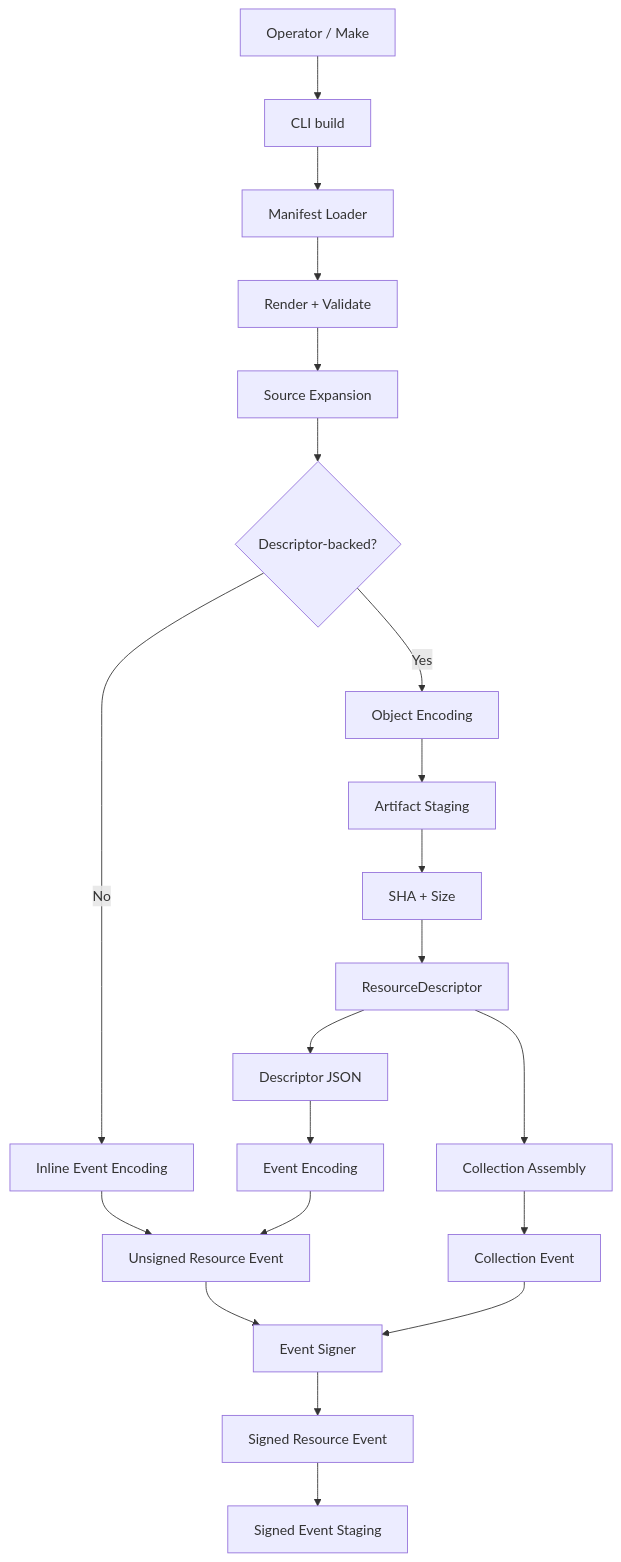
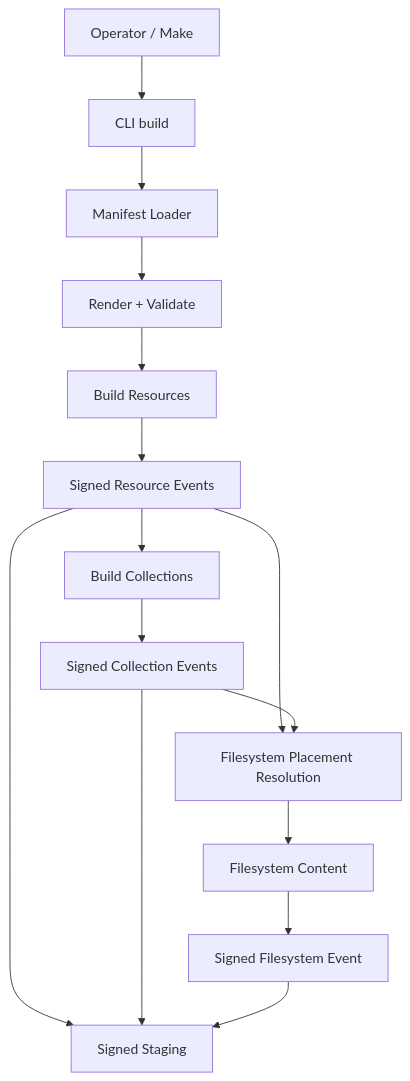
The first of 3 diagrams in docs/03_implementation/tooling/001-resource-publishing-cli.md (kjvonly/kjvonly.bible), drawn with Mermaid before and after one commit. The commit also changed other lines of this file and 93 other files, not shown here.

First line of the commit message:
Implement filesystem resource publishing, bootstrap integration, and validation

````diff
--- a/docs/03_implementation/tooling/001-resource-publishing-cli.md
+++ b/docs/03_implementation/tooling/001-resource-publishing-cli.md
@@ -1326,28 +1439,20 @@
 ```mermaid
 flowchart TD
     A[Operator / Make] --> B[CLI build]
     B --> C[Manifest Loader]
     C --> D[Render + Validate]
-    D --> E[Source Expansion]
+    D --> E[Build Resources]
 
-    E --> F{Descriptor-backed?}
+    E --> F[Signed Resource Events]
+    F --> G[Build Collections]
+    G --> H[Signed Collection Events]
 
-    F -->|No| G[Inline Event Encoding]
-    G --> H[Unsigned Resource Event]
+    F --> I[Filesystem Placement Resolution]
+    H --> I
+    I --> J[Filesystem Content]
+    J --> K[Signed Filesystem Event]
 
-    F -->|Yes| I[Object Encoding]
-    I --> J[Artifact Staging]
-    J --> K[SHA + Size]
-    K --> L[ResourceDescriptor]
-    L --> M[Descriptor JSON]
-    M --> N[Event Encoding]
-    N --> H
-
-    H --> O[Event Signer]
-    O --> P[Signed Resource Event]
-    P --> Q[Signed Event Staging]
-
-    L --> R[Collection Assembly]
-    R --> S[Collection Event]
-    S --> O
+    F --> L[Signed Staging]
+    H --> L
+    K --> L
 ```
````
